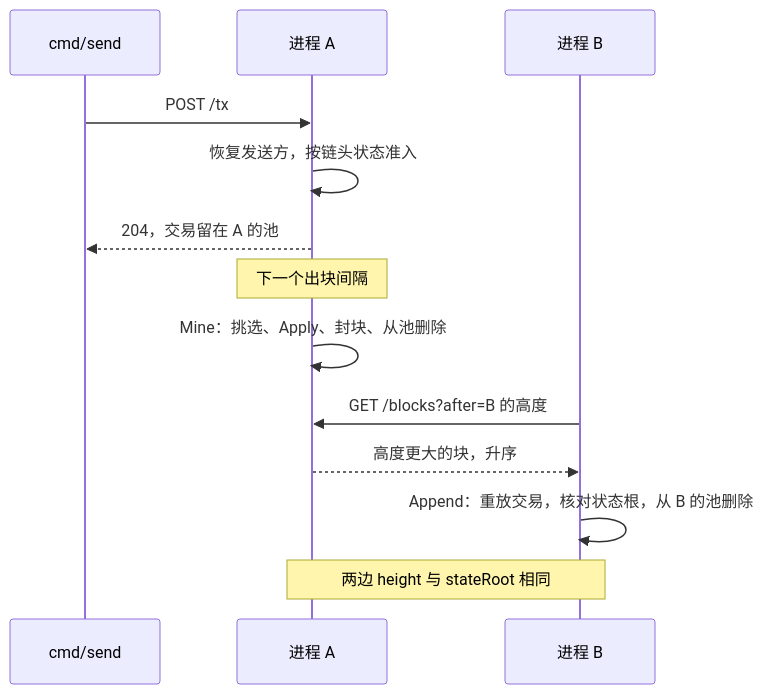
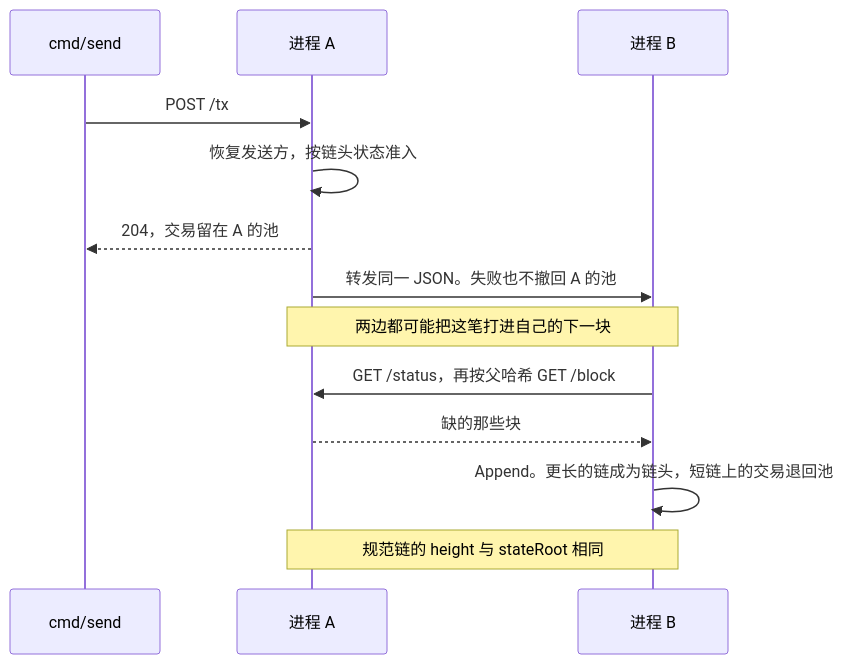
One commit to slmthydesp/minichain changed the fourth of 5 diagrams in docs/learning-guide.md. Above: the diagram before and after it, drawn with Mermaid. The commit also changed other lines of this file and 1 other file, not shown here.

````diff
--- a/docs/learning-guide.md
+++ b/docs/learning-guide.md
@@ -177,16 +183,16 @@
 ```mermaid
 sequenceDiagram
   participant U as cmd/send
   participant A as 进程 A
   participant B as 进程 B
 
   U->>A: POST /tx
   A->>A: 恢复发送方，按链头状态准入
   A-->>U: 204，交易留在 A 的池
-  Note over A: 下一个出块间隔
-  A->>A: Mine：挑选、Apply、封块、从池删除
-  B->>A: GET /blocks?after=B 的高度
-  A-->>B: 高度更大的块，升序
-  B->>B: Append：重放交易，核对状态根，从 B 的池删除
-  Note over A,B: 两边 height 与 stateRoot 相同
+  A->>B: 转发同一 JSON。失败也不撤回 A 的池
+  Note over A,B: 两边都可能把这笔打进自己的下一块
+  B->>A: GET /status，再按父哈希 GET /block
+  A-->>B: 缺的那些块
+  B->>B: Append。更长的链成为链头，短链上的交易退回池
+  Note over A,B: 规范链的 height 与 stateRoot 相同
 ```
````
